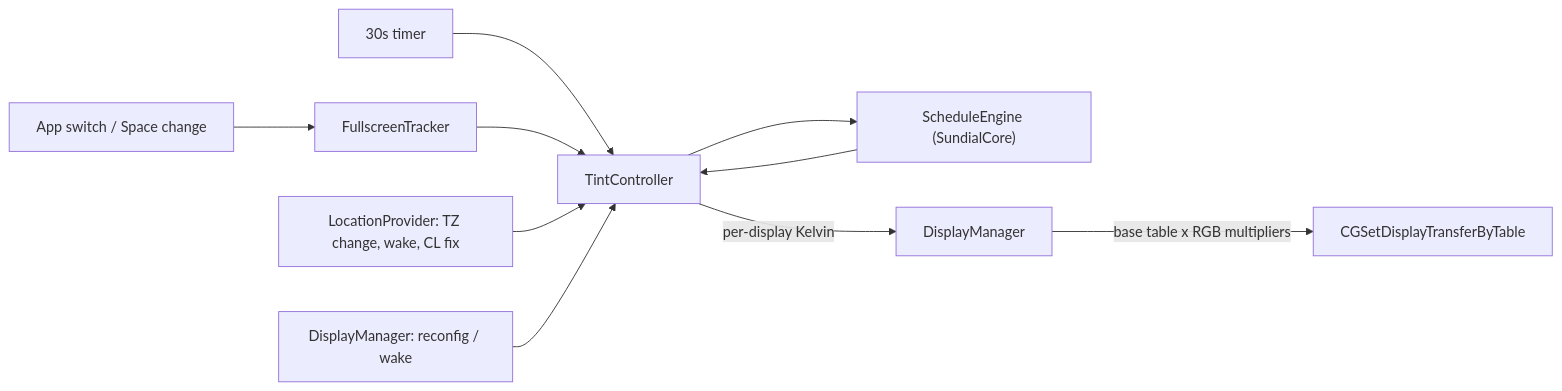
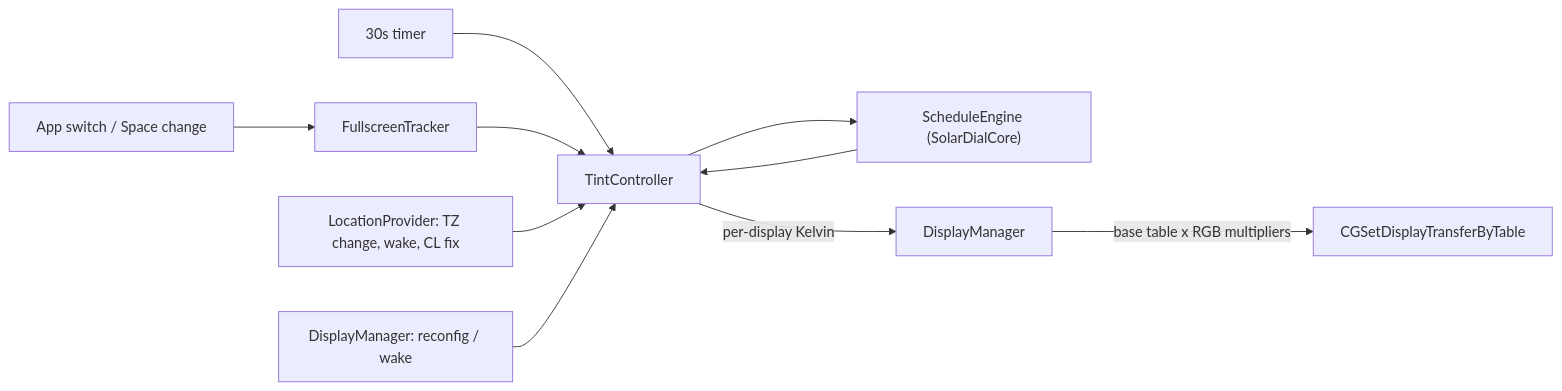
The diagram in docs/ARCHITECTURE.md (mduppes/SolarDial), drawn with Mermaid before and after one commit. The commit also changed other lines of this file and 47 other files, not shown here.

Commit message:
Rename Sundial to SolarDial and add social link icons

````diff
--- a/docs/ARCHITECTURE.md
+++ b/docs/ARCHITECTURE.md
@@ -75,11 +75,11 @@
 ```mermaid
 flowchart LR
     Tick["30s timer"] --> TC[TintController]
     Notes["App switch / Space change"] --> FS[FullscreenTracker] --> TC
     Loc["LocationProvider: TZ change, wake, CL fix"] --> TC
     Disp["DisplayManager: reconfig / wake"] --> TC
-    TC --> Engine["ScheduleEngine (SundialCore)"]
+    TC --> Engine["ScheduleEngine (SolarDialCore)"]
     Engine --> TC
     TC -->|"per-display Kelvin"| DM[DisplayManager]
     DM -->|"base table x RGB multipliers"| CG[CGSetDisplayTransferByTable]
 ```
````
